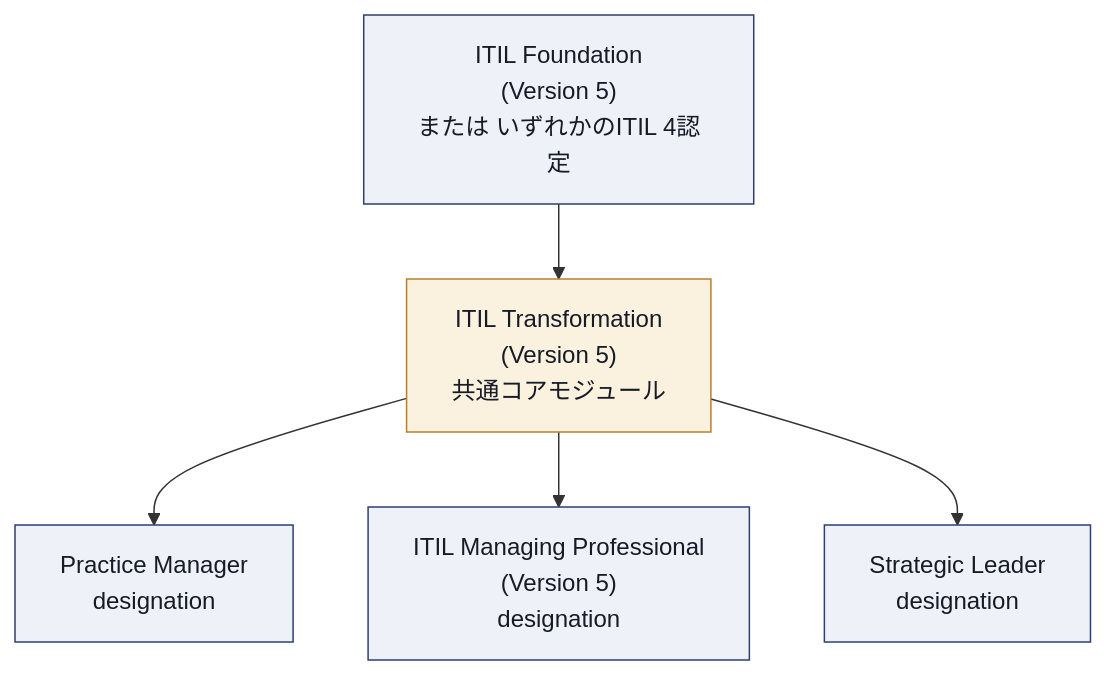
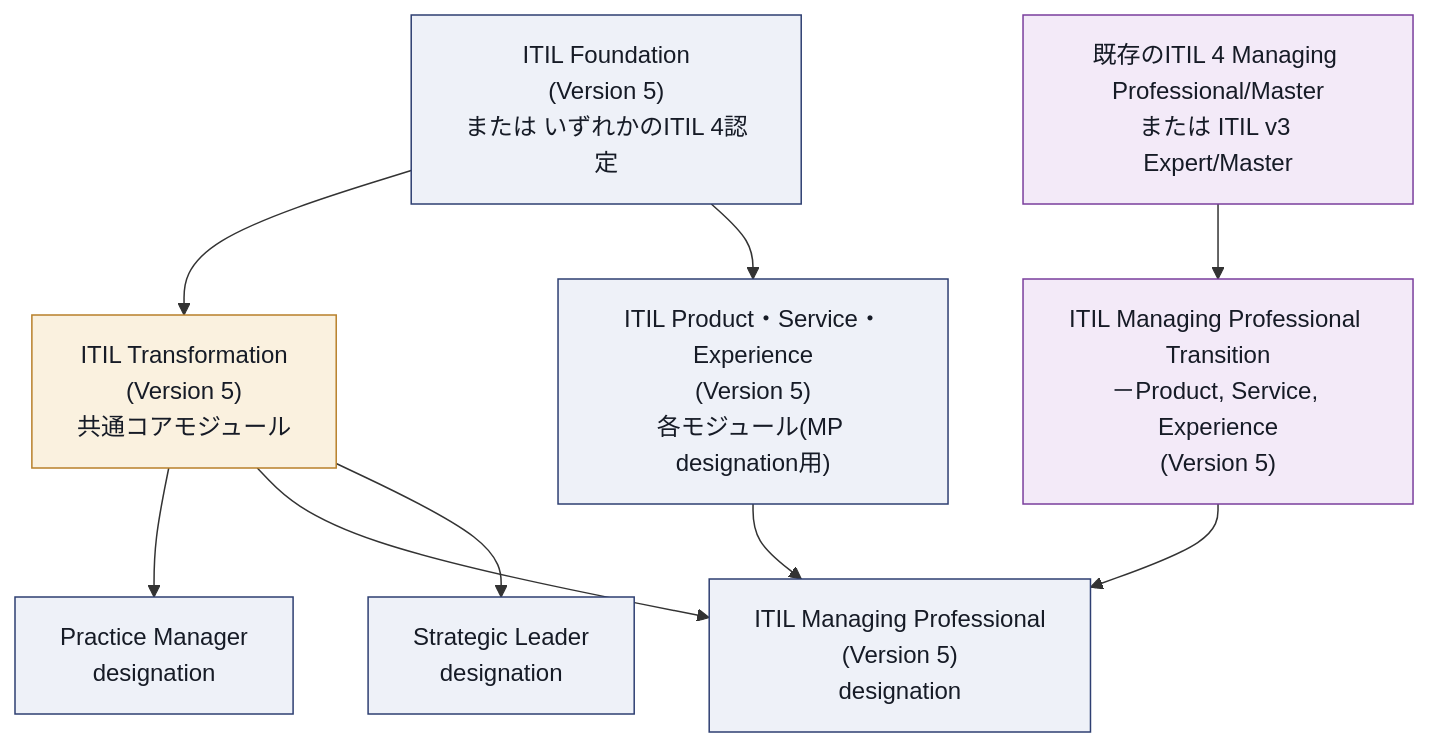
The first of 15 diagrams in Itil-transformation-v5-study-guide.md (myoshi2891/Management-Team-Building-Studies), drawn with Mermaid before and after one commit. The commit also changed other lines of this file and 1 other file, not shown here.

Commit message:
docs(itil): clarify MP designation pathways and transition route in transformation guide

````diff
--- a/Itil-transformation-v5-study-guide.md
+++ b/Itil-transformation-v5-study-guide.md
@@ -77,13 +77,20 @@
 ```mermaid
 flowchart TD
     F["ITIL Foundation<br/>(Version 5)<br/>または いずれかのITIL 4認定"] --> T["ITIL Transformation<br/>(Version 5)<br/>共通コアモジュール"]
+    F --> PSE["ITIL Product・Service・Experience<br/>(Version 5)<br/>各モジュール(MP designation用)"]
     T --> PM["Practice Manager<br/>designation"]
     T --> MP["ITIL Managing Professional<br/>(Version 5)<br/>designation"]
+    PSE --> MP
     T --> SL["Strategic Leader<br/>designation"]
+
+    EXIST["既存のITIL 4 Managing Professional/Master<br/>または ITIL v3 Expert/Master"] --> MPT["ITIL Managing Professional Transition<br/>－Product, Service, Experience<br/>(Version 5)"]
+    MPT --> MP
 
     classDef box fill:#EEF1F8,stroke:#2E3F72,color:#161B26
     classDef hub fill:#FAF1DF,stroke:#B8802A,color:#161B26
-    class F box
+    classDef alt fill:#F3EAF8,stroke:#7A3E9D,color:#161B26
+    class F,PSE box
     class T hub
     class PM,MP,SL box
+    class EXIST,MPT alt
 ```
````
